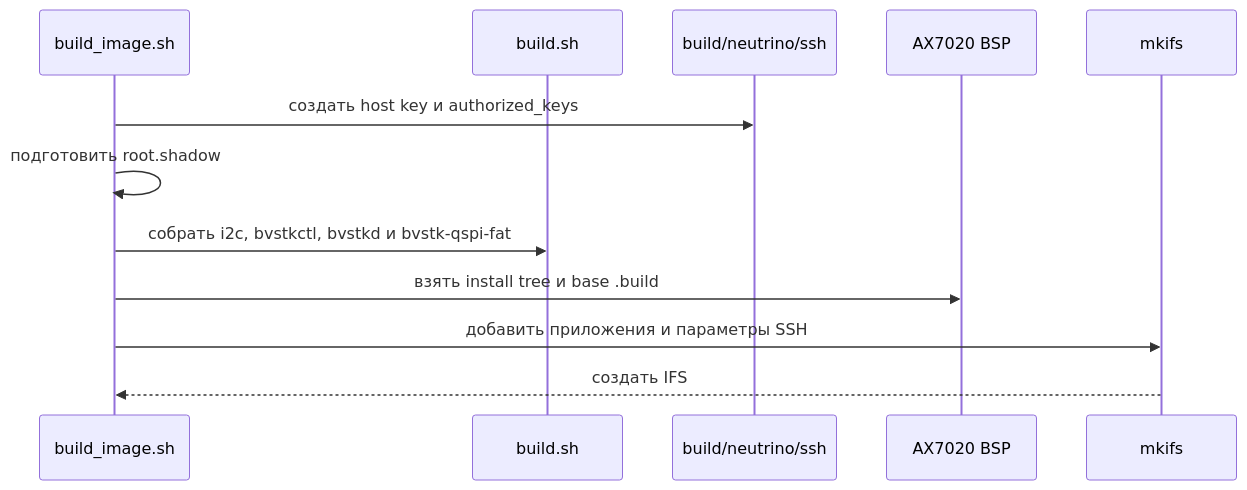
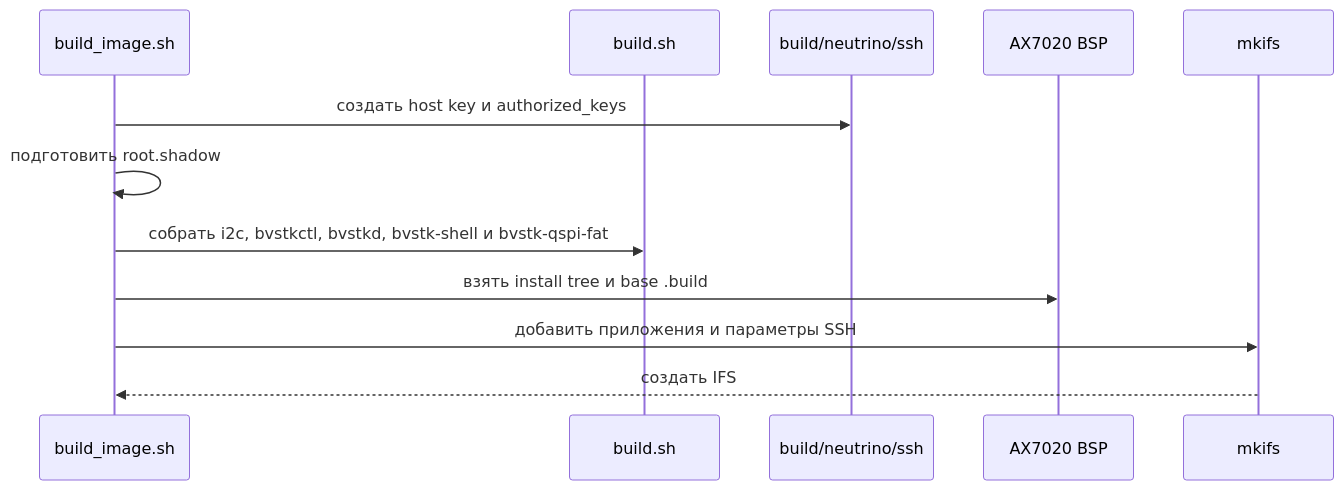
Before and after one commit to igtrefilov/bvstk: the second of 2 diagrams in docs/dev/build.md, drawn with Mermaid. The commit also changed other lines of this file and 21 other files, not shown here.

````diff
--- a/docs/dev/build.md
+++ b/docs/dev/build.md
@@ -164,15 +164,15 @@
 ```mermaid
 sequenceDiagram
     participant Build as build_image.sh
     participant Apps as build.sh
     participant Keys as build/neutrino/ssh
     participant BSP as AX7020 BSP
     participant Mkifs as mkifs
 
     Build->>Keys: создать host key и authorized_keys
     Build->>Build: подготовить root.shadow
-    Build->>Apps: собрать i2c, bvstkctl, bvstkd и bvstk-qspi-fat
+    Build->>Apps: собрать i2c, bvstkctl, bvstkd, bvstk-shell и bvstk-qspi-fat
     Build->>BSP: взять install tree и base .build
     Build->>Mkifs: добавить приложения и параметры SSH
     Mkifs-->>Build: создать IFS
 ```
````
